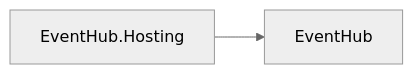
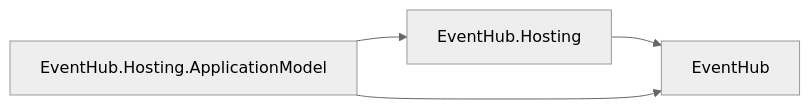
Diagram 15 of 27 in docs/DEPENDENCIES.md (assimalign/cohesion), drawn with Mermaid (neutral theme) before and after one commit. The commit also changed other lines of this file and 454 other files, not shown here.

First line of the commit message:
feat(resources): give every resource area a Hosting.ApplicationModel integration

````diff
--- a/docs/DEPENDENCIES.md
+++ b/docs/DEPENDENCIES.md
@@ -702,6 +713,9 @@
 ```mermaid
 flowchart LR
     N0["EventHub"]
     N1["EventHub.Hosting"]
+    N2["EventHub.Hosting.ApplicationModel"]
     N1 --> N0
+    N2 --> N0
+    N2 --> N1
 ```
````
